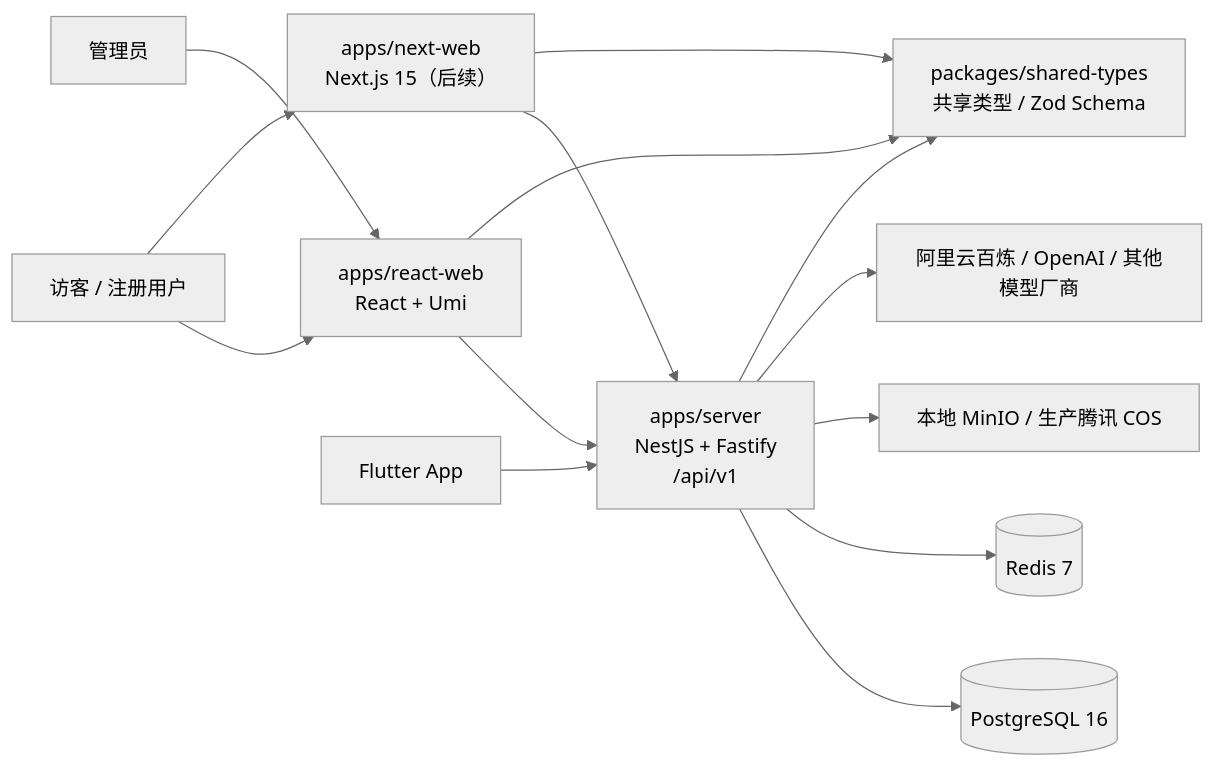
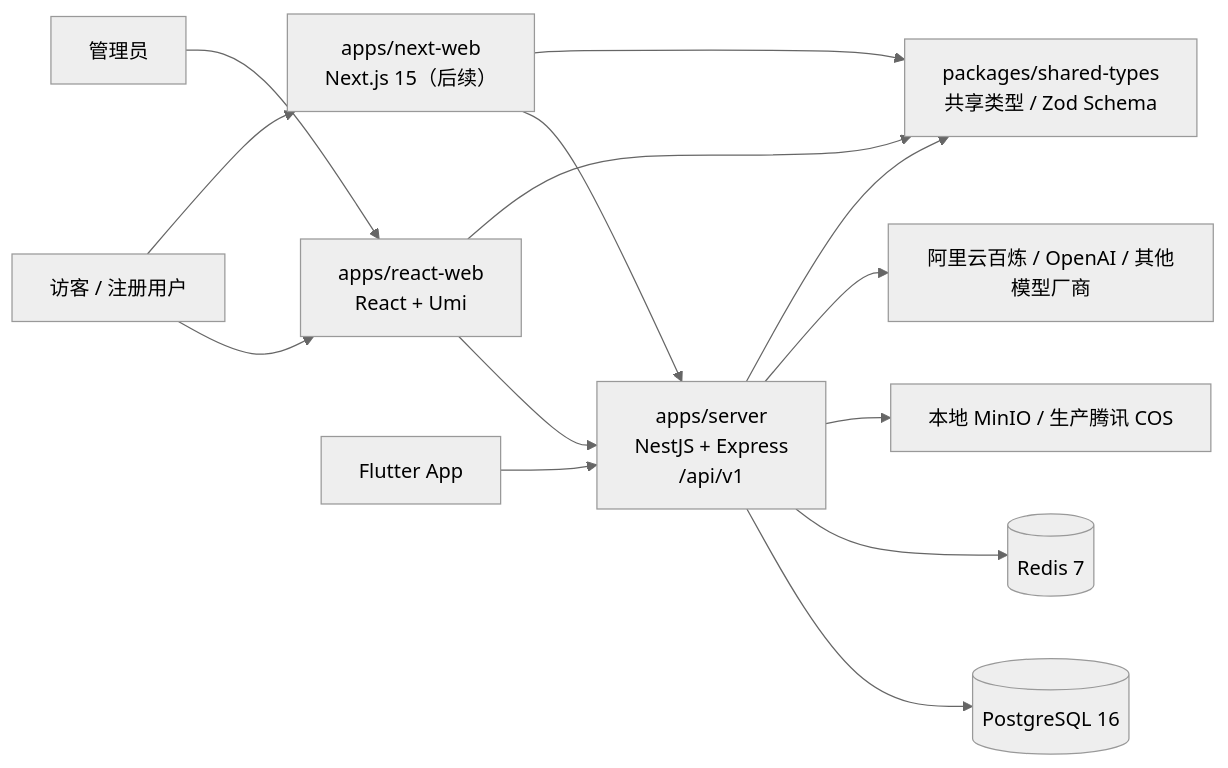
The first of 10 diagrams in docs/foundation/architecture.md (orangejava/personal-hub), drawn with Mermaid (neutral theme) before and after one commit. The commit also changed 43 other files, not shown here.

````diff
--- a/docs/foundation/architecture.md
+++ b/docs/foundation/architecture.md
@@ -25,16 +25,16 @@
 ```mermaid
 flowchart LR
     Visitor["访客 / 注册用户"] --> ReactWeb["apps/react-web<br/>React + Umi"]
     Admin["管理员"] --> ReactWeb
     Visitor --> NextWeb["apps/next-web<br/>Next.js 15（后续）"]
-    Mobile["Flutter App"] --> Api["apps/server<br/>NestJS + Fastify<br/>/api/v1"]
+    Mobile["Flutter App"] --> Api["apps/server<br/>NestJS + Express<br/>/api/v1"]
     ReactWeb --> Api
     NextWeb --> Api
     Api --> Db[("PostgreSQL 16")]
     Api --> Redis[("Redis 7")]
     Api --> Storage["本地 MinIO / 生产腾讯 COS"]
     Api --> AI["阿里云百炼 / OpenAI / 其他模型厂商"]
     ReactWeb --> Shared["packages/shared-types<br/>共享类型 / Zod Schema"]
     NextWeb --> Shared
     Api --> Shared
 ```
````
